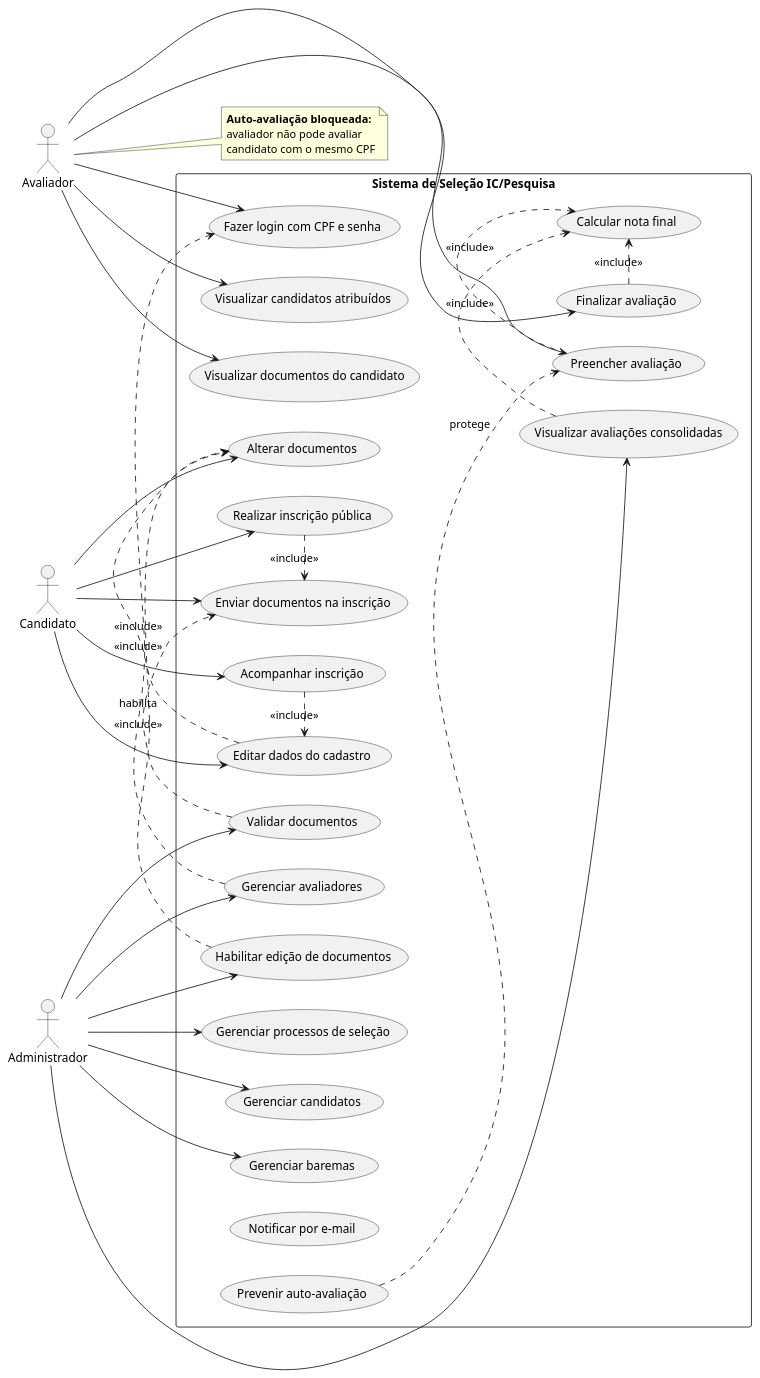
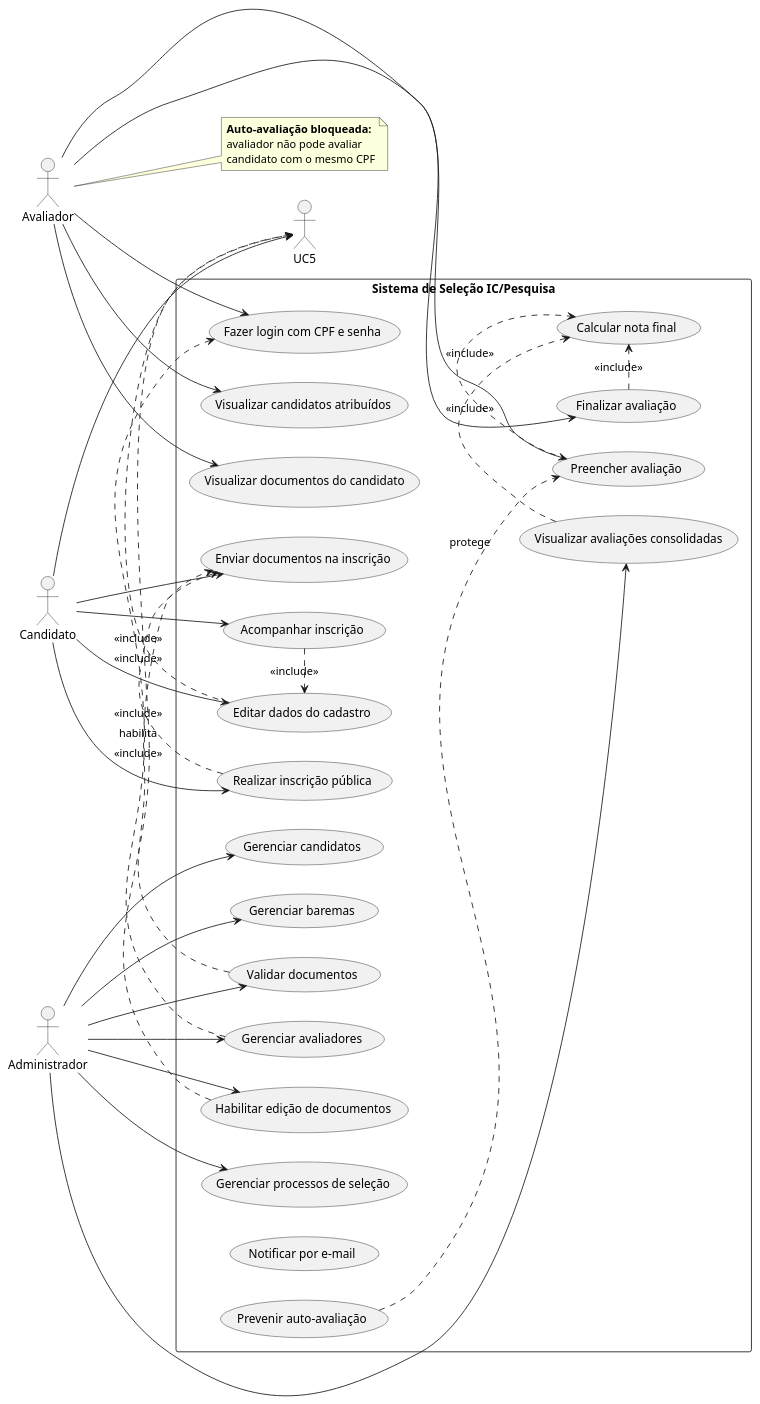
Before and after one commit to wiltonsgonc/ProcessoSelecao: the diagram in diagramas/use-case-diagram.puml, drawn with PlantUML.

Commit message:
chore: candidato não pode alterar os arquivos que já foram enviados.

```diff
--- a/diagramas/use-case-diagram.puml
+++ b/diagramas/use-case-diagram.puml
@@ -1,77 +1,76 @@
 @startuml ProcessoSelecao
 left to right direction
 
 actor "Candidato" as Candidato
 actor "Avaliador" as Avaliador
 actor "Administrador" as Admin
 
 rectangle "Sistema de Seleção IC/Pesquisa" {
   ' --- Candidato ---
   (Realizar inscrição pública) as UC1
   (Enviar documentos na inscrição) as UC2
   (Acompanhar inscrição) as UC3
   (Editar dados do cadastro) as UC4
-  (Alterar documentos) as UC5
 
   ' --- Avaliador ---
   (Fazer login com CPF e senha) as UC6
   (Visualizar candidatos atribuídos) as UC7
   (Visualizar documentos do candidato) as UC8
   (Preencher avaliação) as UC9
   (Finalizar avaliação) as UC10
 
   ' --- Administrador ---
   (Gerenciar processos de seleção) as UC11
   (Gerenciar candidatos) as UC12
   (Gerenciar avaliadores) as UC13
   (Gerenciar baremas) as UC14
   (Validar documentos) as UC15
   (Visualizar avaliações consolidadas) as UC16
   (Habilitar edição de documentos) as UC17
 
   ' --- Sistema ---
   (Calcular nota final) as UC18
   (Notificar por e-mail) as UC19
   (Prevenir auto-avaliação) as UC20
 }
 
 ' Relações com atores
 Candidato --> UC1
 Candidato --> UC2
 Candidato --> UC3
 Candidato --> UC4
 Candidato --> UC5
 
 Avaliador --> UC6
 Avaliador --> UC7
 Avaliador --> UC8
 Avaliador --> UC9
 Avaliador --> UC10
 
 Admin --> UC11
 Admin --> UC12
 Admin --> UC13
 Admin --> UC14
 Admin --> UC15
 Admin --> UC16
 Admin --> UC17
 
 ' Inclusões e extensões
 UC1 .> UC2 : <<include>>
 UC3 .> UC4 : <<include>>
 UC4 .> UC5 : <<include>>
 UC15 .> UC2 : <<include>>
 UC9 .> UC18 : <<include>>
 UC10 .> UC18 : <<include>>
 UC13 .> UC6 : <<include>>
 UC20 ..> UC9 : protege
 UC16 .> UC18 : <<include>>
 UC17 .> UC5 : habilita
 
 note right of Avaliador
   <b>Auto-avaliação bloqueada:</b>
   avaliador não pode avaliar
   candidato com o mesmo CPF
 end note
 
 @enduml
```
